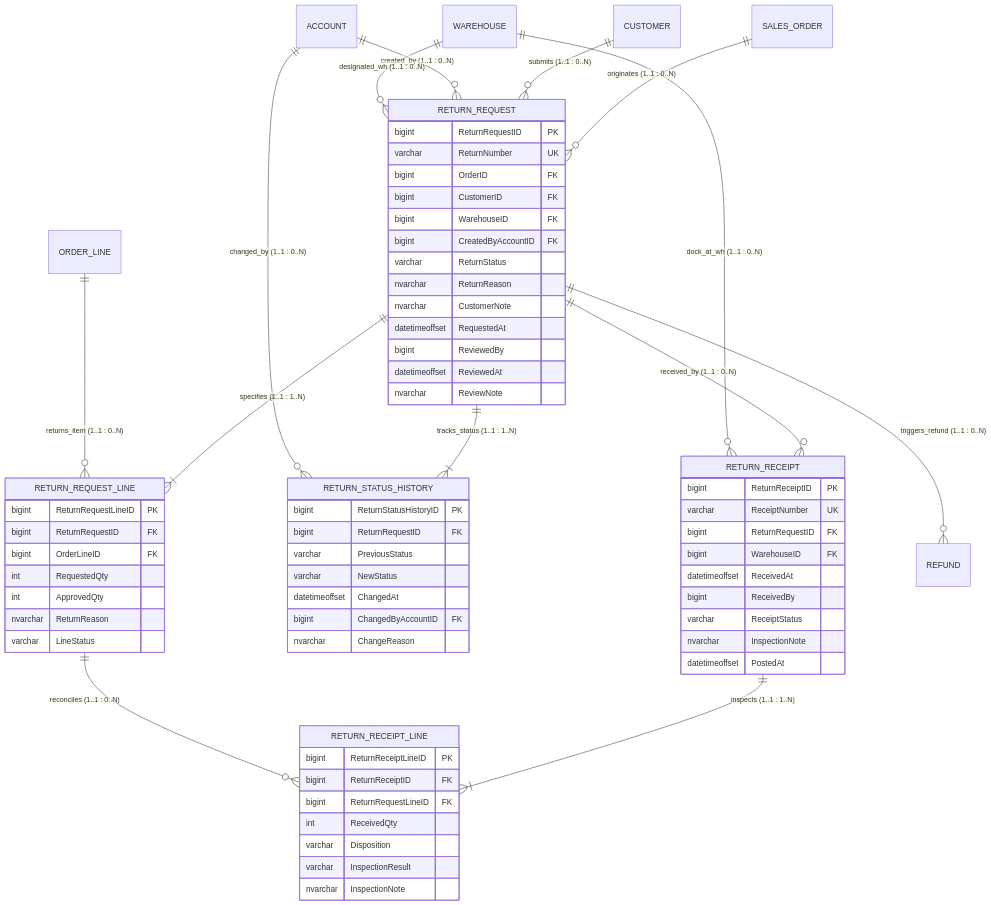
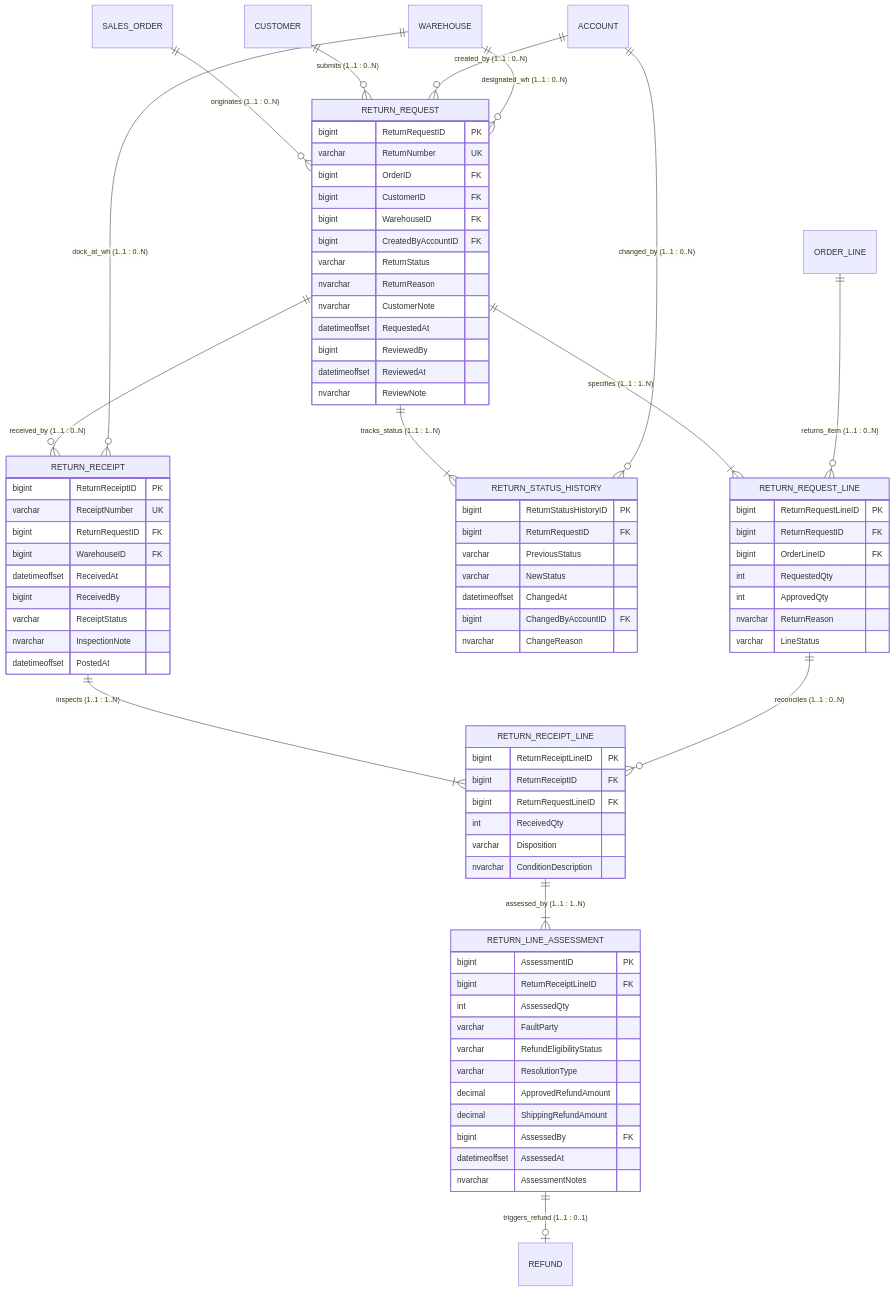
One commit to itzchugnn/RetailCore-E-commerce-Management-System changed the diagram in docs/Milestones/M2-Conceptual-Design/ERD/mermaid/Return-Exchange.md. Above: the diagram before and after it, drawn with Mermaid. The commit also changed 11 other files, not shown here.

```diff
--- a/docs/Milestones/M2-Conceptual-Design/ERD/mermaid/Return-Exchange.md
+++ b/docs/Milestones/M2-Conceptual-Design/ERD/mermaid/Return-Exchange.md
@@ -16,7 +16,8 @@
     RETURN_RECEIPT ||--|{ RETURN_RECEIPT_LINE : "inspects (1..1 : 1..N)"
     RETURN_REQUEST_LINE ||--o{ RETURN_RECEIPT_LINE : "reconciles (1..1 : 0..N)"
 
-    RETURN_REQUEST ||--o{ REFUND : "triggers_refund (1..1 : 0..N)"
+    RETURN_RECEIPT_LINE ||--|{ RETURN_LINE_ASSESSMENT : "assessed_by (1..1 : 1..N)"
+    RETURN_LINE_ASSESSMENT ||--o| REFUND : "triggers_refund (1..1 : 0..1)"
 
     RETURN_REQUEST {
         bigint ReturnRequestID PK
@@ -59,8 +60,20 @@
         bigint ReturnRequestLineID FK
         int ReceivedQty
         varchar Disposition
-        varchar InspectionResult
-        nvarchar InspectionNote
+        nvarchar ConditionDescription
+    }
+    RETURN_LINE_ASSESSMENT {
+        bigint AssessmentID PK
+        bigint ReturnReceiptLineID FK
+        int AssessedQty
+        varchar FaultParty
+        varchar RefundEligibilityStatus
+        varchar ResolutionType
+        decimal ApprovedRefundAmount
+        decimal ShippingRefundAmount
+        bigint AssessedBy FK
+        datetimeoffset AssessedAt
+        nvarchar AssessmentNotes
     }
     RETURN_STATUS_HISTORY {
         bigint ReturnStatusHistoryID PK
```
